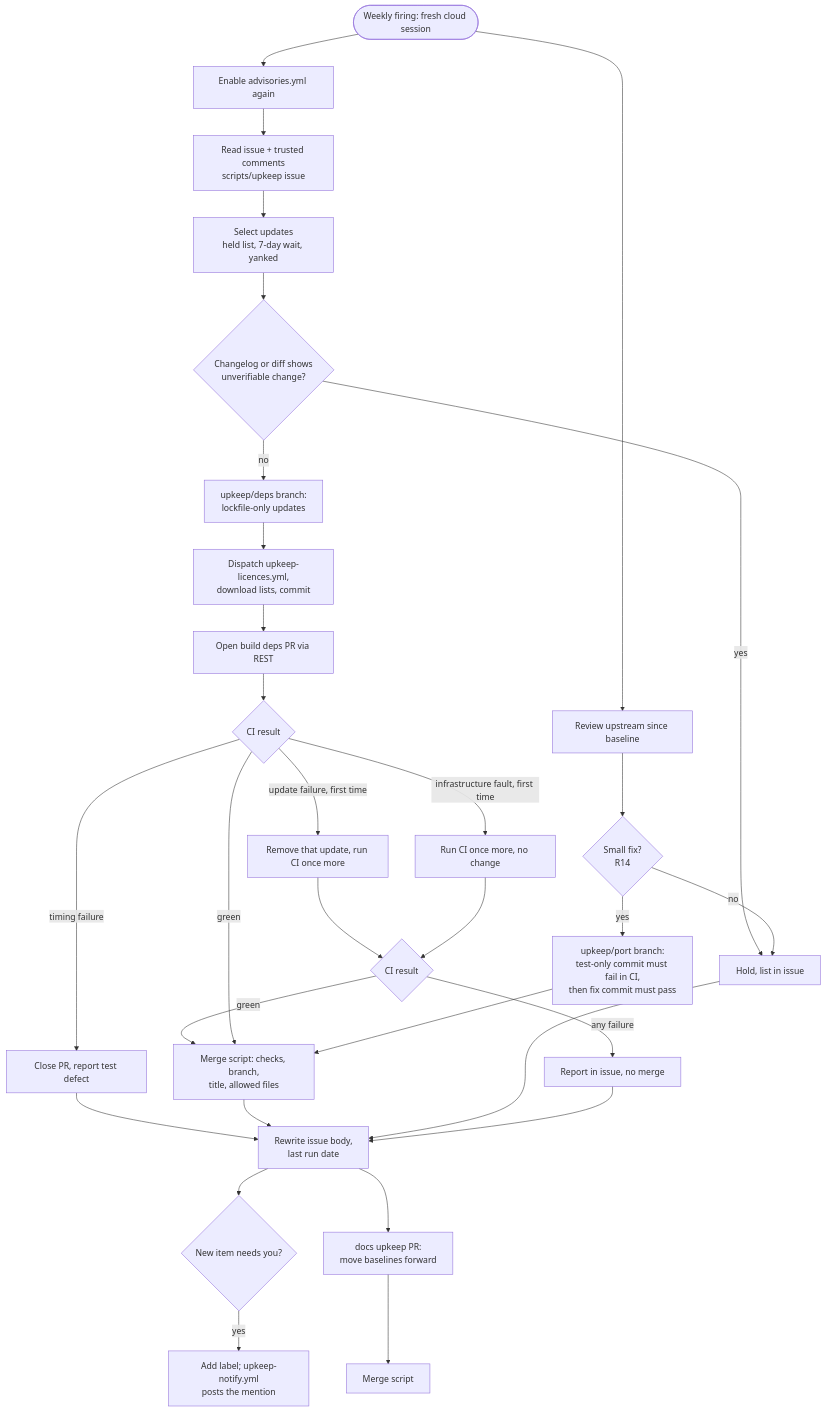
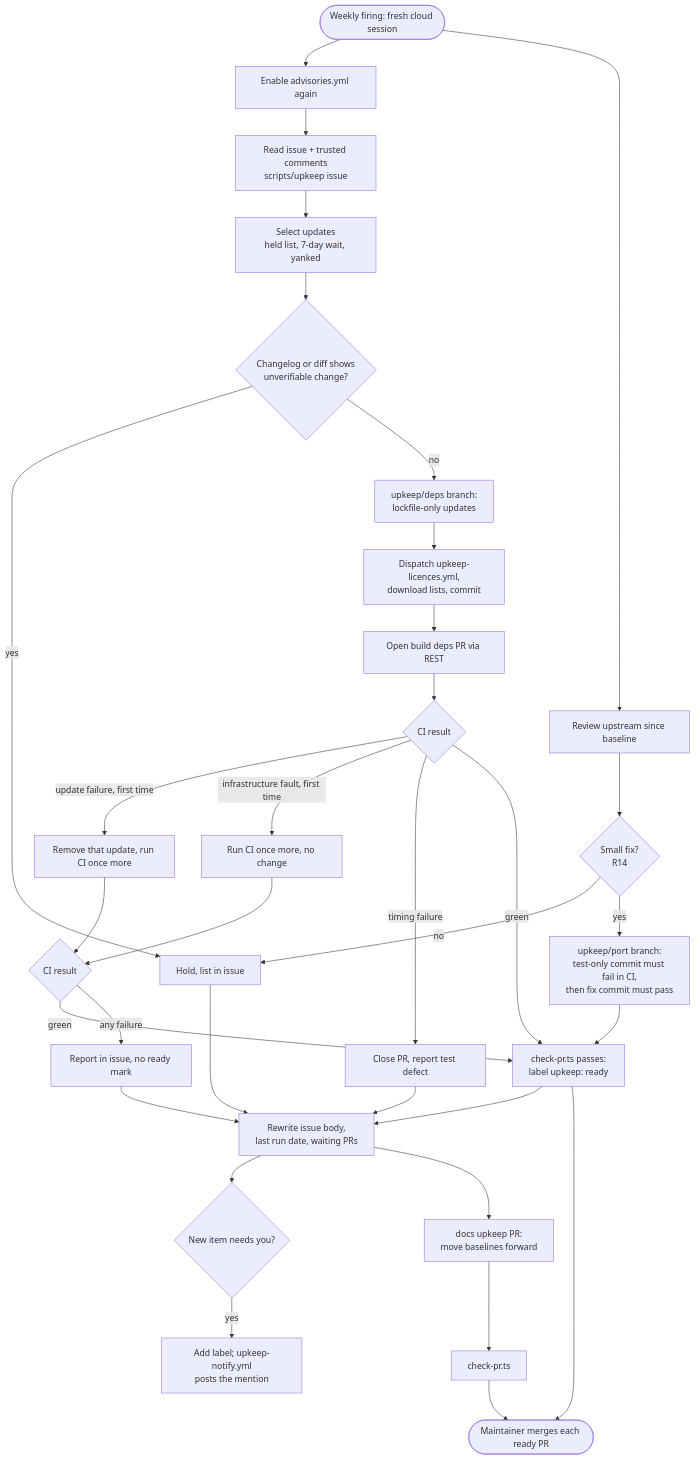
One commit to twistymaze/longhand changed the diagram in docs/plans/2026-10-18-1454-chore-dependency-and-upstream-upkeep-plan.md. Above: the diagram before and after it, drawn with Mermaid. The commit also changed other lines of this file, not shown here.

Commit message:
docs: make the upkeep routine prepare PRs for manual merge and update waiting PRs

````diff
--- a/docs/plans/2026-10-18-1454-chore-dependency-and-upstream-upkeep-plan.md
+++ b/docs/plans/2026-10-18-1454-chore-dependency-and-upstream-upkeep-plan.md
@@ -164,33 +171,35 @@
 ```mermaid
 flowchart TD
   start([Weekly firing: fresh cloud session]) --> enable[Enable advisories.yml again]
   enable --> readissue[Read issue + trusted comments<br/>scripts/upkeep issue]
   readissue --> select[Select updates<br/>held list, 7-day wait, yanked]
   select --> review{Changelog or diff shows<br/>unverifiable change?}
   review -- yes --> hold[Hold, list in issue]
   review -- no --> branch[upkeep/deps branch:<br/>lockfile-only updates]
   branch --> lic[Dispatch upkeep-licences.yml,<br/>download lists, commit]
   lic --> pr[Open build deps PR via REST]
   pr --> ci{CI result}
   ci -- update failure, first time --> drop[Remove that update, run CI once more]
   drop --> ci2{CI result}
   ci -- infrastructure fault, first time --> rerun[Run CI once more, no change]
   rerun --> ci2
   ci -- timing failure --> close[Close PR, report test defect]
-  ci2 -- green --> merge
-  ci2 -- any failure --> report[Report in issue, no merge]
+  ci2 -- green --> ready
+  ci2 -- any failure --> report[Report in issue, no ready mark]
   close --> write
-  ci -- green --> merge[Merge script: checks, branch,<br/>title, allowed files]
+  ci -- green --> ready[check-pr.ts passes:<br/>label upkeep: ready]
   start --> upstream[Review upstream since baseline]
   upstream --> small{Small fix?<br/>R14}
   small -- no --> hold
   small -- yes --> port[upkeep/port branch:<br/>test-only commit must fail in CI,<br/>then fix commit must pass]
-  port --> merge
-  merge --> write[Rewrite issue body,<br/>last run date]
+  port --> ready
+  ready --> write[Rewrite issue body,<br/>last run date, waiting PRs]
   hold --> write
   report --> write
   write --> label{New item needs you?}
   label -- yes --> notify[Add label; upkeep-notify.yml<br/>posts the mention]
   write --> log[docs upkeep PR:<br/>move baselines forward]
-  log --> merge2[Merge script]
+  log --> ready2[check-pr.ts]
+  ready2 --> you([Maintainer merges each ready PR])
+  ready --> you
 ```
````
